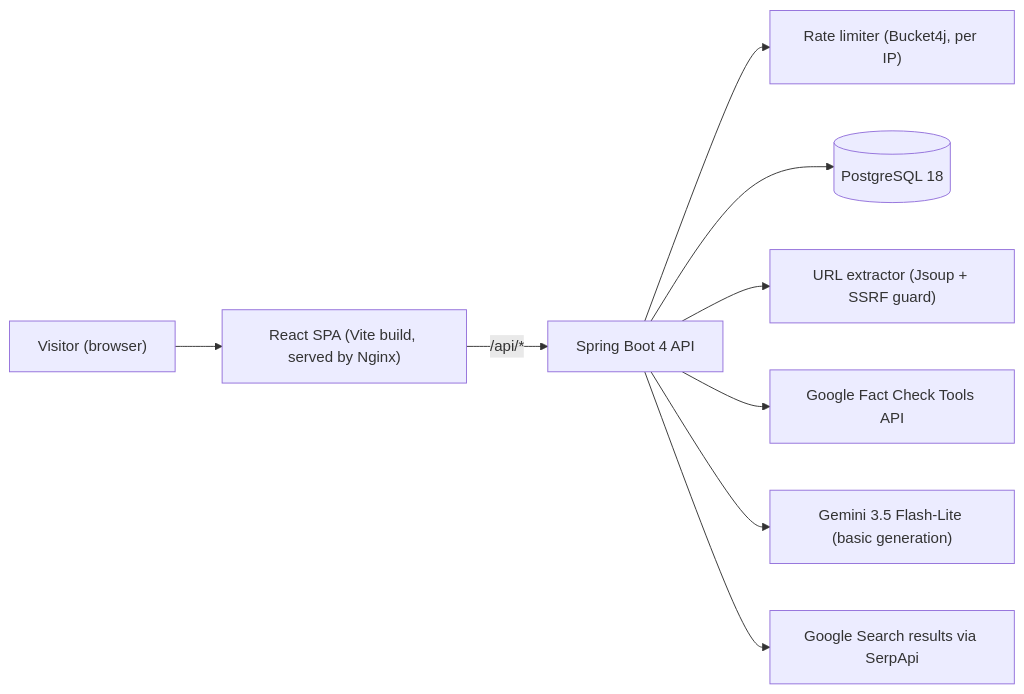
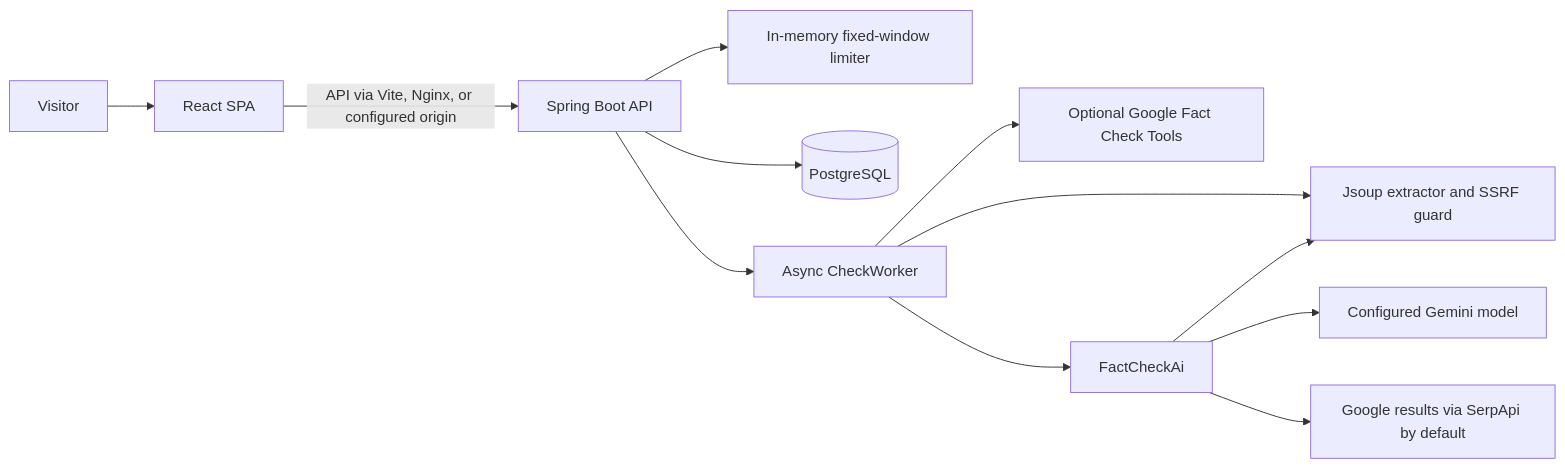
One commit to kingsmark16/VeryFact changed the diagram in docs/ARCHITECTURE.md. Above: the diagram before and after it, drawn with Mermaid. The commit also changed other lines of this file and 19 other files, not shown here.

````diff
--- a/docs/ARCHITECTURE.md
+++ b/docs/ARCHITECTURE.md
@@ -5,11 +7,14 @@
 ```mermaid
 flowchart LR
-    U["Visitor (browser)"] --> FE["React SPA (Vite build, served by Nginx)"]
-    FE -- "/api/*" --> BE["Spring Boot 4 API"]
-    BE --> RL["Rate limiter (Bucket4j, per IP)"]
-    BE --> DB[("PostgreSQL 18")]
-    BE --> EX["URL extractor (Jsoup + SSRF guard)"]
-    BE --> FC["Google Fact Check Tools API"]
-    BE --> GM["Gemini 3.5 Flash-Lite (basic generation)"]
-    BE --> GS["Google Search results via SerpApi"]
+    U[Visitor] --> FE[React SPA]
+    FE -->|API via Vite, Nginx, or configured origin| BE[Spring Boot API]
+    BE --> RL[In-memory fixed-window limiter]
+    BE --> DB[(PostgreSQL)]
+    BE --> W[Async CheckWorker]
+    W --> EX[Jsoup extractor and SSRF guard]
+    W --> FC[Optional Google Fact Check Tools]
+    W --> AI[FactCheckAi]
+    AI --> GM[Configured Gemini model]
+    AI --> GS[Google results via SerpApi by default]
+    AI --> EX
 ```
````
